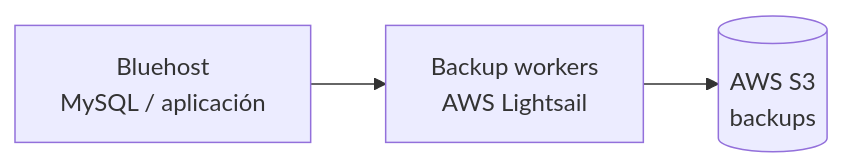
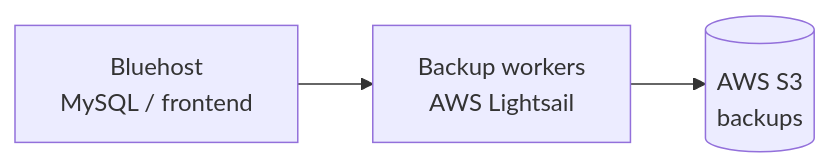
The fourth of 4 diagrams in docs/architecture/oficina-ai-v2.md (Ahcast/Bastion), drawn with Mermaid before and after one commit. The commit also changed other lines of this file and 205 other files, not shown here.

Commit message:
refactor: separar frontend y backend Go; conservar MySQL en Bluehost

````diff
--- a/docs/architecture/oficina-ai-v2.md
+++ b/docs/architecture/oficina-ai-v2.md
@@ -371,5 +371,5 @@
 ```mermaid
 flowchart LR
-    BH["Bluehost<br/>MySQL / aplicación"] --> BW["Backup workers<br/>AWS Lightsail"]
+    BH["Bluehost<br/>MySQL / frontend"] --> BW["Backup workers<br/>AWS Lightsail"]
     BW --> S3[("AWS S3<br/>backups")]
 ```
````
